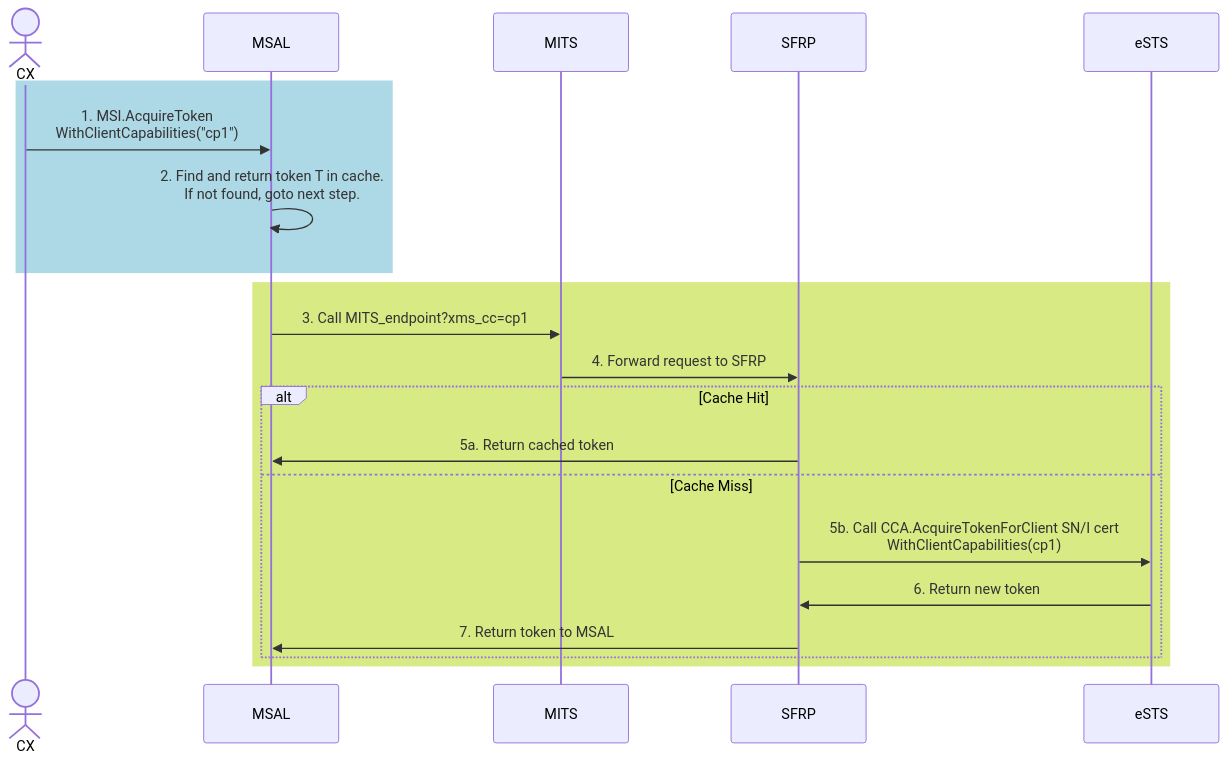
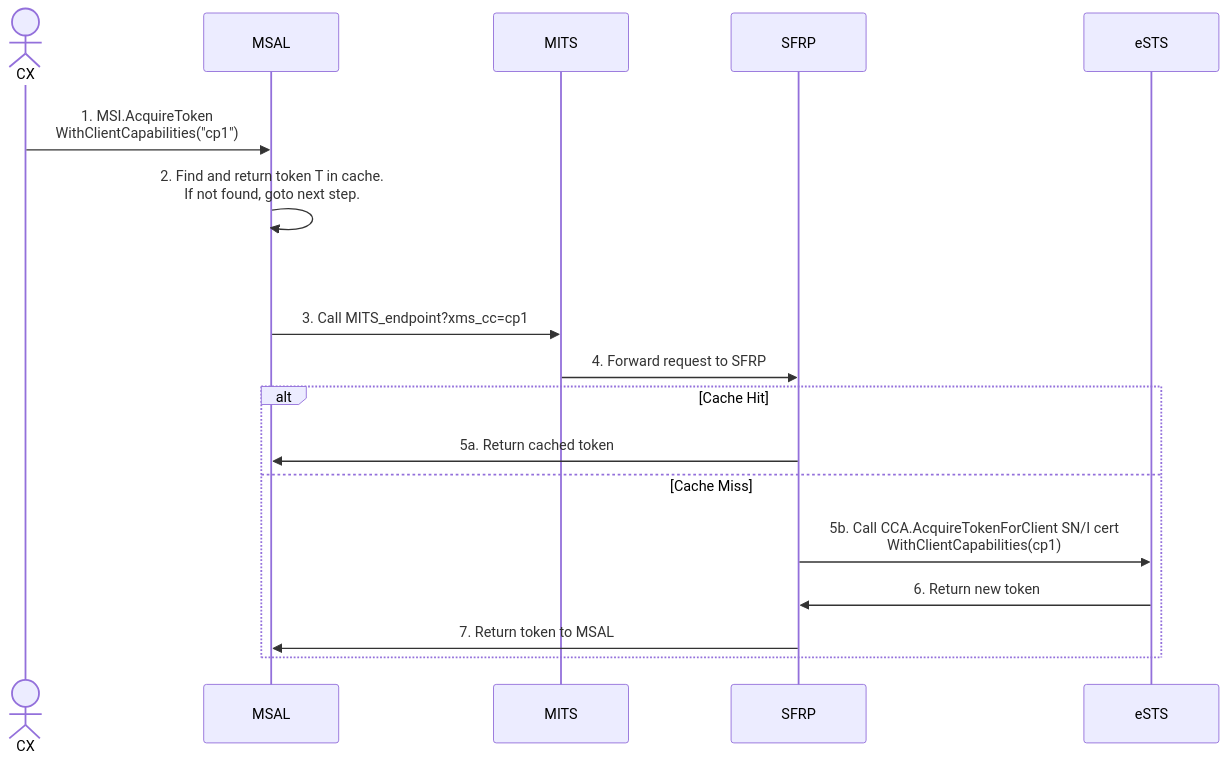
The second of 2 diagrams in docs/msiv1_token_revocation.md (AzureAD/microsoft-authentication-library-for-dotnet), drawn with Mermaid before and after one commit. The commit also changed other lines of this file, not shown here.

````diff
--- a/docs/msiv1_token_revocation.md
+++ b/docs/msiv1_token_revocation.md
@@ -70,24 +70,25 @@
 ```mermaid
 sequenceDiagram
     actor CX
     participant MSAL
     participant MITS
     participant SFRP        
     participant eSTS
 
-rect rgb(173, 216, 230)   
+rect rgba(0,0,0,0)   
     CX->>MSAL: 1. MSI.AcquireToken <br/> WithClientCapabilities("cp1")
     MSAL->>MSAL: 2. Find and return token T in cache. <br/>If not found, goto next step.
 end
-rect rgb(215, 234, 132)    
+
+rect rgba(0,0,0,0)    
     MSAL->>MITS: 3. Call MITS_endpoint?xms_cc=cp1
     MITS->>SFRP: 4. Forward request to SFRP
     alt Cache Hit
         SFRP->>MSAL: 5a. Return cached token
     else Cache Miss
         SFRP->>eSTS: 5b. Call CCA.AcquireTokenForClient SN/I cert <br/> WithClientCapabilities(cp1)
         eSTS->>SFRP: 6. Return new token
         SFRP->>MSAL: 7. Return token to MSAL
     end
 end
 ```
````
